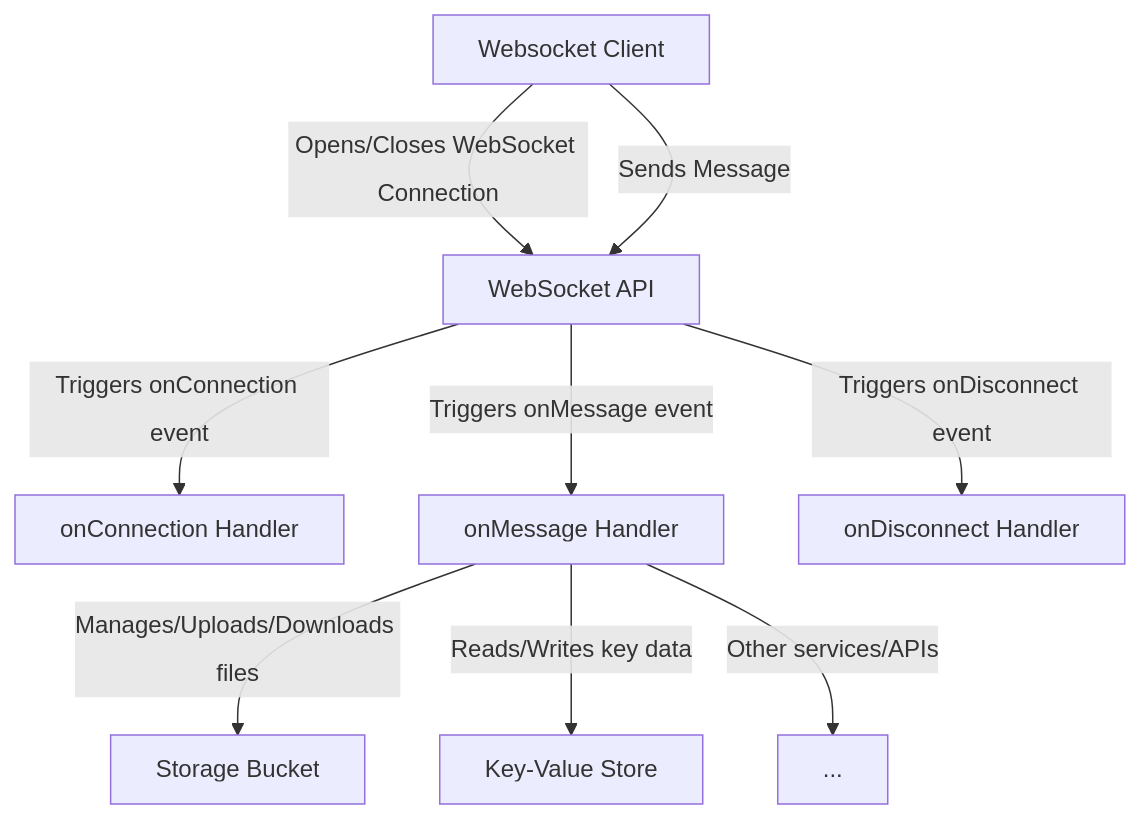
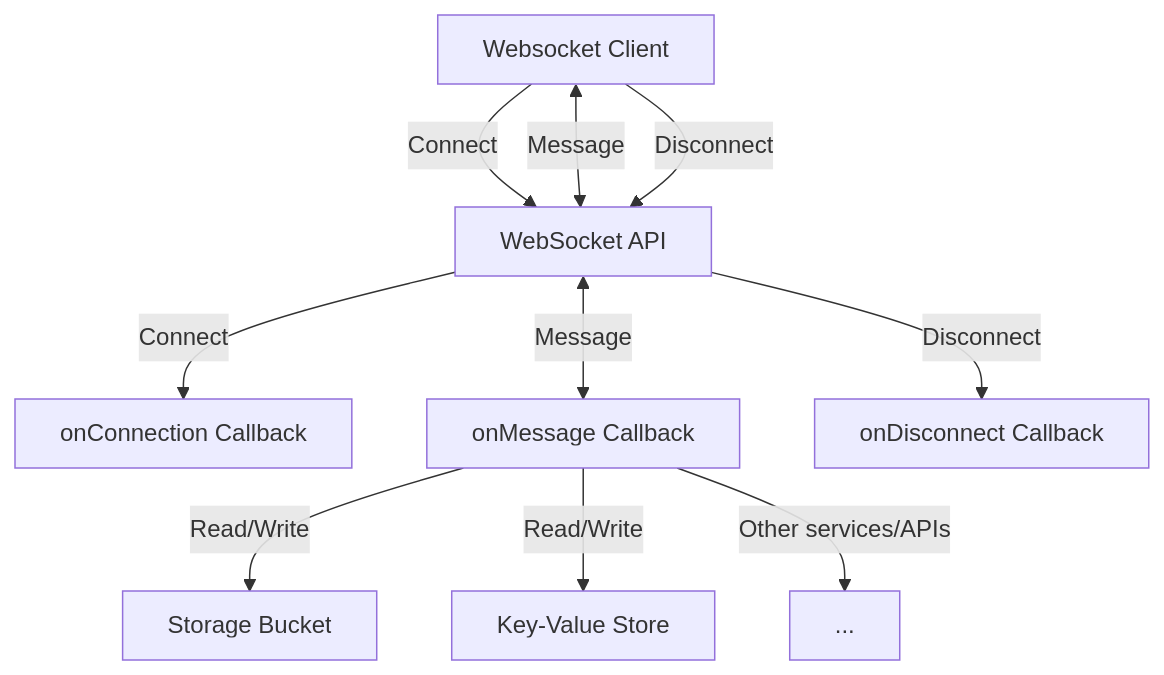
Before and after one commit to nitrictech/docs: the third of 5 diagrams in docs/architecture/index.mdx, drawn with Mermaid. The commit also changed other lines of this file, not shown here.

Commit message:
update architecture over page

````diff
--- a/docs/architecture/index.mdx
+++ b/docs/architecture/index.mdx
@@ -95,31 +105,32 @@
 ```mermaid
 flowchart TD
     %% Actors
     Browser[Websocket Client]
 
     %% Nitric Application Containers (WebSocket Handlers)
     WS[WebSocket API]
-    Conn[onConnection Handler]
-    Msg[onMessage Handler]
-    Disc[onDisconnect Handler]
+    Conn[onConnection Callback]
+    Msg[onMessage Callback]
+    Disc[onDisconnect Callback]
 
     %% Backend Services / Resources
     Bucket[Storage Bucket]
     KVStore[Key-Value Store]
     More[...]
 
     %% Interactions
-    Browser -->|Opens/Closes WebSocket Connection| WS
-    WS -->|Triggers onConnection event| Conn
-    Browser -->|Sends Message| WS
-    WS -->|Triggers onMessage event| Msg
-    WS -->|Triggers onDisconnect event| Disc
+    Browser -->|Connect| WS
+    Browser <-->|Message| WS
+    Browser -->|Disconnect| WS
+    WS -->|Connect| Conn
+    WS <-->|Message| Msg
+    WS -->|Disconnect| Disc
 
     %% Backend Interactions for onMessage
-    Msg -->|Manages/Uploads/Downloads files| Bucket
-    Msg -->|Reads/Writes key data| KVStore
+    Msg -->|Read/Write| Bucket
+    Msg -->|Read/Write| KVStore
     Msg -->|Other services/APIs| More
 
 classDef default line-height:1;
 classDef edgeLabel line-height:2;
 ```
````
